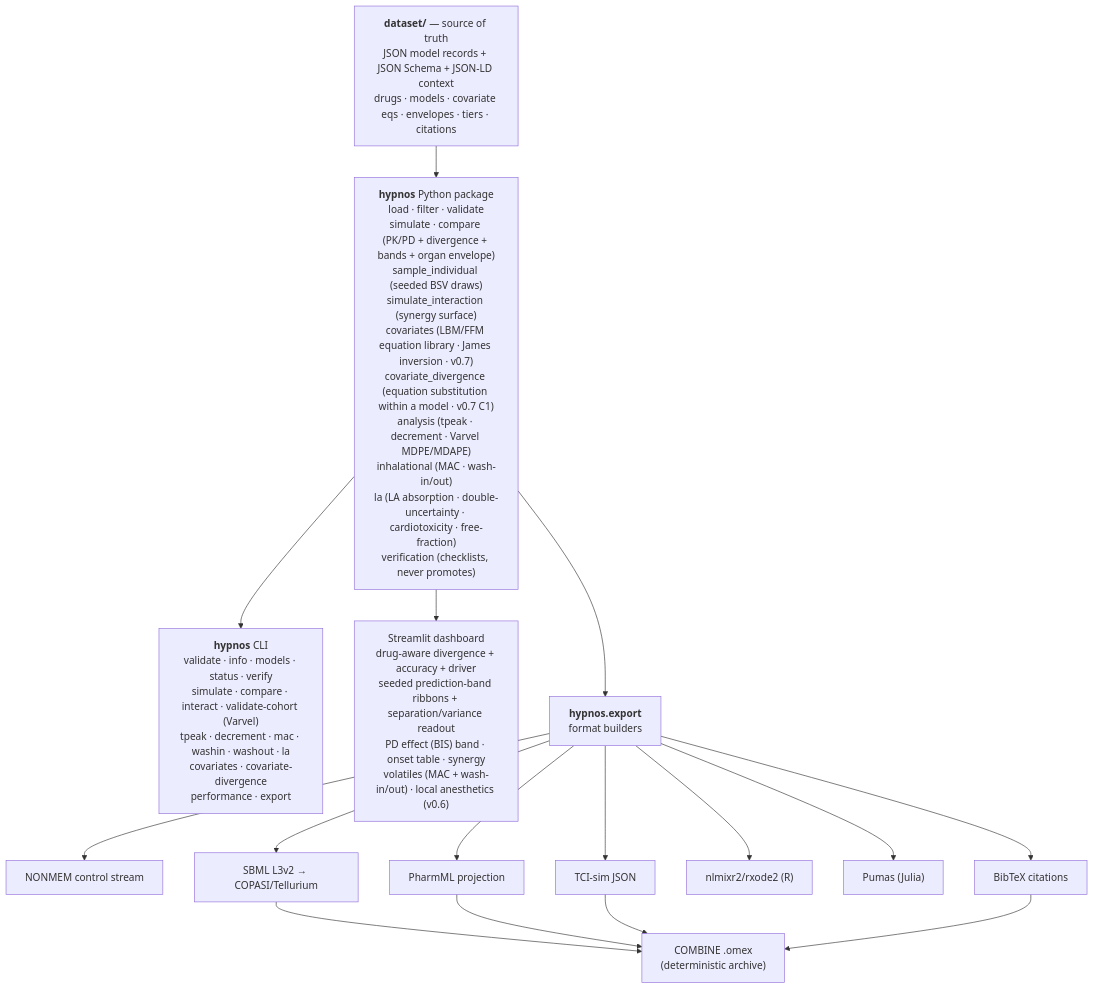
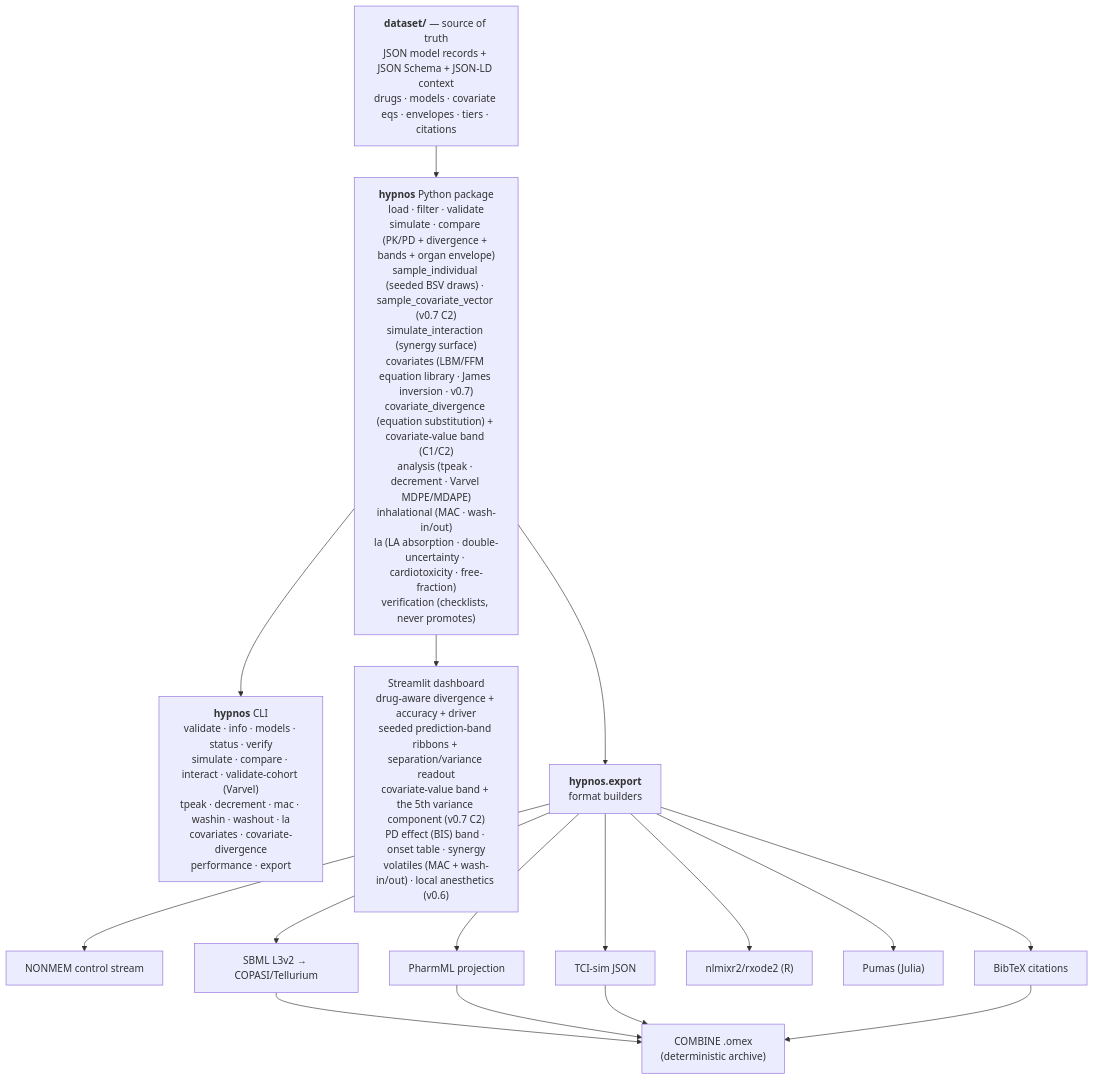
The first of 3 diagrams in README.md (clay-good/hypnos), drawn with Mermaid before and after one commit. The commit also changed other lines of this file and 13 other files, not shown here.

````diff
--- a/README.md
+++ b/README.md
@@ -512,19 +531,19 @@
 ```mermaid
 flowchart TD
     DS["<b>dataset/</b> — source of truth<br/>JSON model records + JSON Schema + JSON-LD context<br/>drugs · models · covariate eqs · envelopes · tiers · citations"]
-    DS --> PKG["<b>hypnos</b> Python package<br/>load · filter · validate<br/>simulate · compare (PK/PD + divergence + bands + organ envelope)<br/>sample_individual (seeded BSV draws)<br/>simulate_interaction (synergy surface)<br/>covariates (LBM/FFM equation library · James inversion · v0.7)<br/>covariate_divergence (equation substitution within a model · v0.7 C1)<br/>analysis (tpeak · decrement · Varvel MDPE/MDAPE)<br/>inhalational (MAC · wash-in/out)<br/>la (LA absorption · double-uncertainty · cardiotoxicity · free-fraction)<br/>verification (checklists, never promotes)"]
+    DS --> PKG["<b>hypnos</b> Python package<br/>load · filter · validate<br/>simulate · compare (PK/PD + divergence + bands + organ envelope)<br/>sample_individual (seeded BSV draws) · sample_covariate_vector (v0.7 C2)<br/>simulate_interaction (synergy surface)<br/>covariates (LBM/FFM equation library · James inversion · v0.7)<br/>covariate_divergence (equation substitution) + covariate-value band (C1/C2)<br/>analysis (tpeak · decrement · Varvel MDPE/MDAPE)<br/>inhalational (MAC · wash-in/out)<br/>la (LA absorption · double-uncertainty · cardiotoxicity · free-fraction)<br/>verification (checklists, never promotes)"]
     PKG --> CLI["<b>hypnos</b> CLI<br/>validate · info · models · status · verify<br/>simulate · compare · interact · validate-cohort (Varvel)<br/>tpeak · decrement · mac · washin · washout · la<br/>covariates · covariate-divergence<br/>performance · export"]
-    PKG --> DASH["Streamlit dashboard<br/>drug-aware divergence + accuracy + driver<br/>seeded prediction-band ribbons + separation/variance readout<br/>PD effect (BIS) band · onset table · synergy<br/>volatiles (MAC + wash-in/out) · local anesthetics (v0.6)"]
+    PKG --> DASH["Streamlit dashboard<br/>drug-aware divergence + accuracy + driver<br/>seeded prediction-band ribbons + separation/variance readout<br/>covariate-value band + the 5th variance component (v0.7 C2)<br/>PD effect (BIS) band · onset table · synergy<br/>volatiles (MAC + wash-in/out) · local anesthetics (v0.6)"]
     PKG --> EXP["<b>hypnos.export</b><br/>format builders"]
     EXP --> NM["NONMEM control stream"]
     EXP --> PHARMML["PharmML projection"]
     EXP --> SBML["SBML L3v2 → COPASI/Tellurium"]
     EXP --> TCIJSON["TCI-sim JSON"]
     EXP --> RX["nlmixr2/rxode2 (R)"]
     EXP --> PUMAS["Pumas (Julia)"]
     EXP --> BIB["BibTeX citations"]
     SBML --> OMEX["COMBINE .omex<br/>(deterministic archive)"]
     PHARMML --> OMEX
     TCIJSON --> OMEX
     BIB --> OMEX
 ```
````
